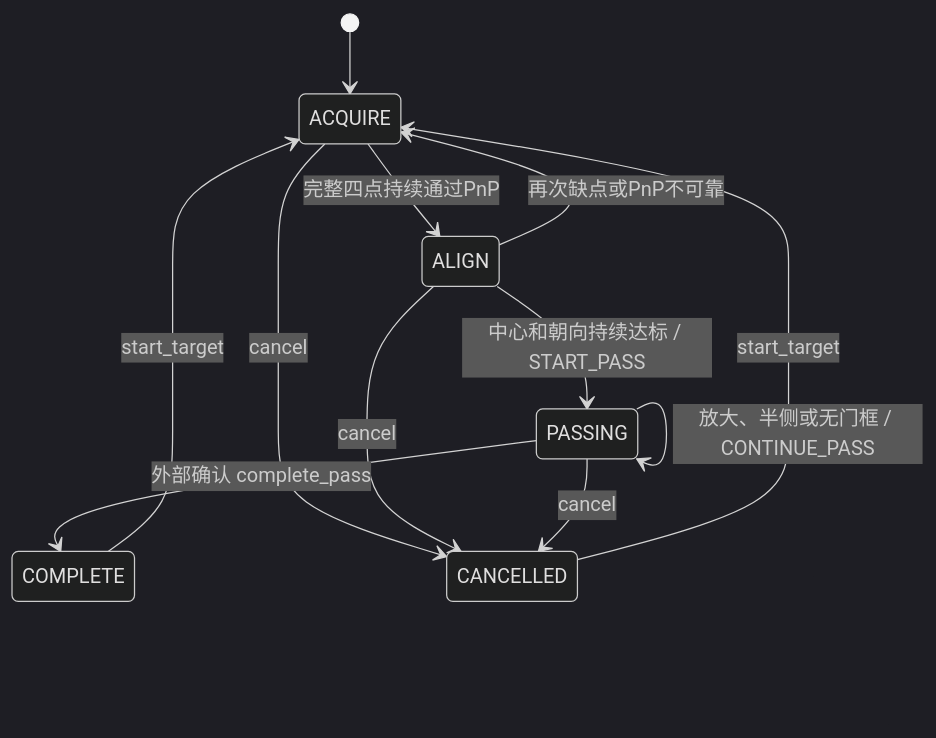
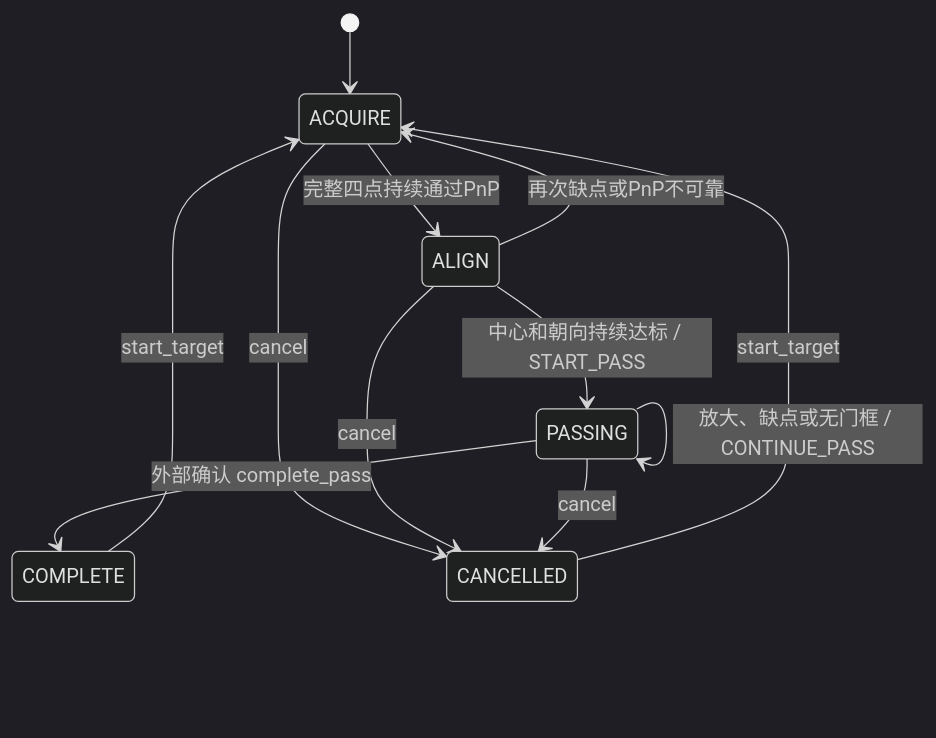
One commit to ansty-31/2026-Robocup-AUV changed the diagram in auv_vision/gate_pnp/GUIDANCE.md. Above: the diagram before and after it, drawn with Mermaid (dark theme). The commit also changed other lines of this file and 8 other files, not shown here.

````diff
--- a/auv_vision/gate_pnp/GUIDANCE.md
+++ b/auv_vision/gate_pnp/GUIDANCE.md
@@ -7,14 +7,14 @@
 ```mermaid
 stateDiagram-v2
     [*] --> ACQUIRE
     ACQUIRE --> ALIGN: 完整四点持续通过PnP
     ALIGN --> ACQUIRE: 再次缺点或PnP不可靠
     ALIGN --> PASSING: 中心和朝向持续达标 / START_PASS
-    PASSING --> PASSING: 放大、半侧或无门框 / CONTINUE_PASS
+    PASSING --> PASSING: 放大、缺点或无门框 / CONTINUE_PASS
     PASSING --> COMPLETE: 外部确认 complete_pass
     ACQUIRE --> CANCELLED: cancel
     ALIGN --> CANCELLED: cancel
     PASSING --> CANCELLED: cancel
     COMPLETE --> ACQUIRE: start_target
     CANCELLED --> ACQUIRE: start_target
 ```
````
